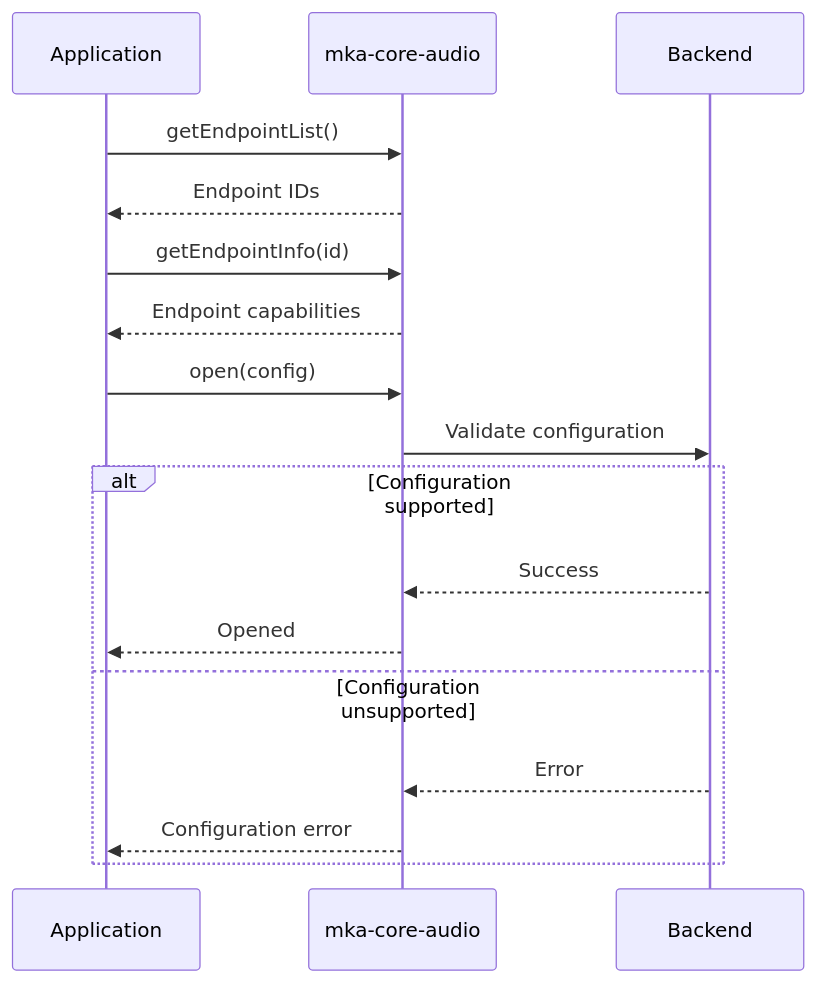
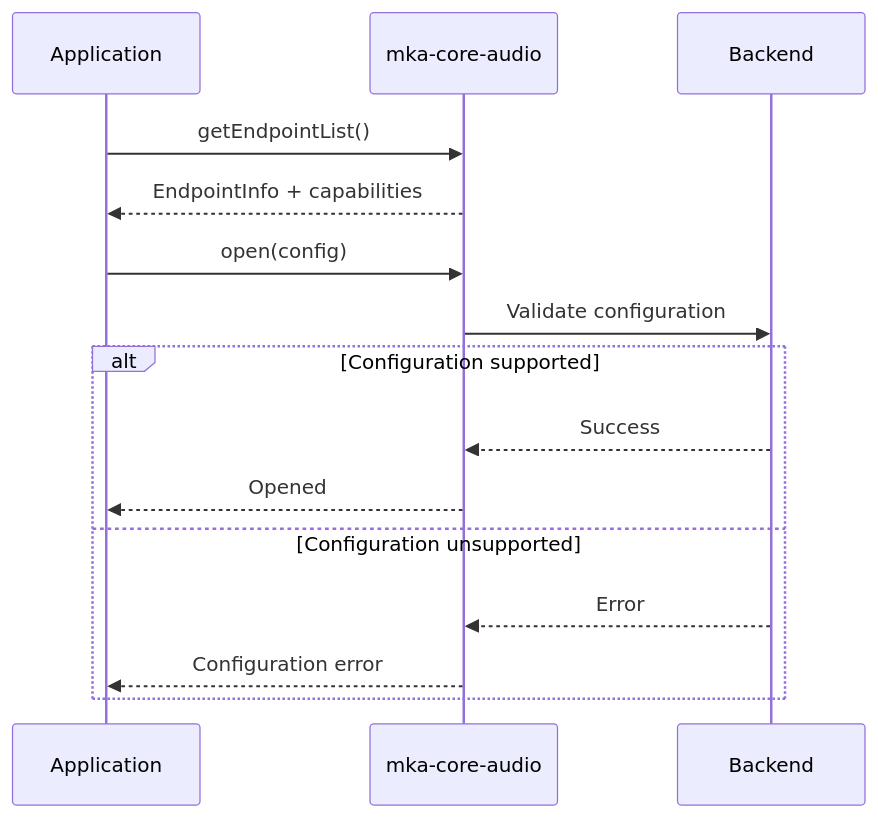
Before and after one commit to Mika-42/core-audio: the sixth of 22 diagrams in README.md, drawn with Mermaid. The commit also changed other lines of this file and 10 other files, not shown here.

````diff
--- a/README.md
+++ b/README.md
@@ -244,23 +259,20 @@
 ```mermaid
 sequenceDiagram
     participant App as Application
     participant API as mka-core-audio
     participant Backend
 
     App->>API: getEndpointList()
-    API-->>App: Endpoint IDs
-
-    App->>API: getEndpointInfo(id)
-    API-->>App: Endpoint capabilities
+    API-->>App: EndpointInfo + capabilities
 
     App->>API: open(config)
     API->>Backend: Validate configuration
 
     alt Configuration supported
         Backend-->>API: Success
         API-->>App: Opened
     else Configuration unsupported
         Backend-->>API: Error
         API-->>App: Configuration error
     end
 ```
````
